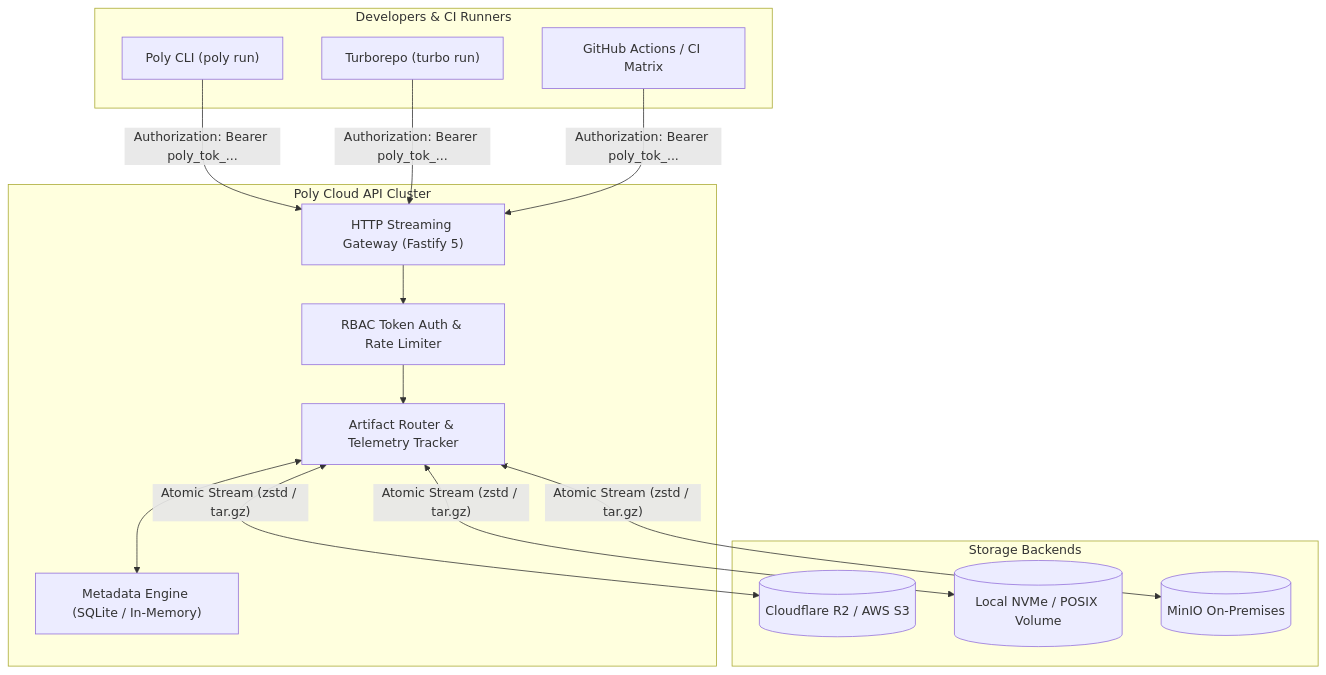
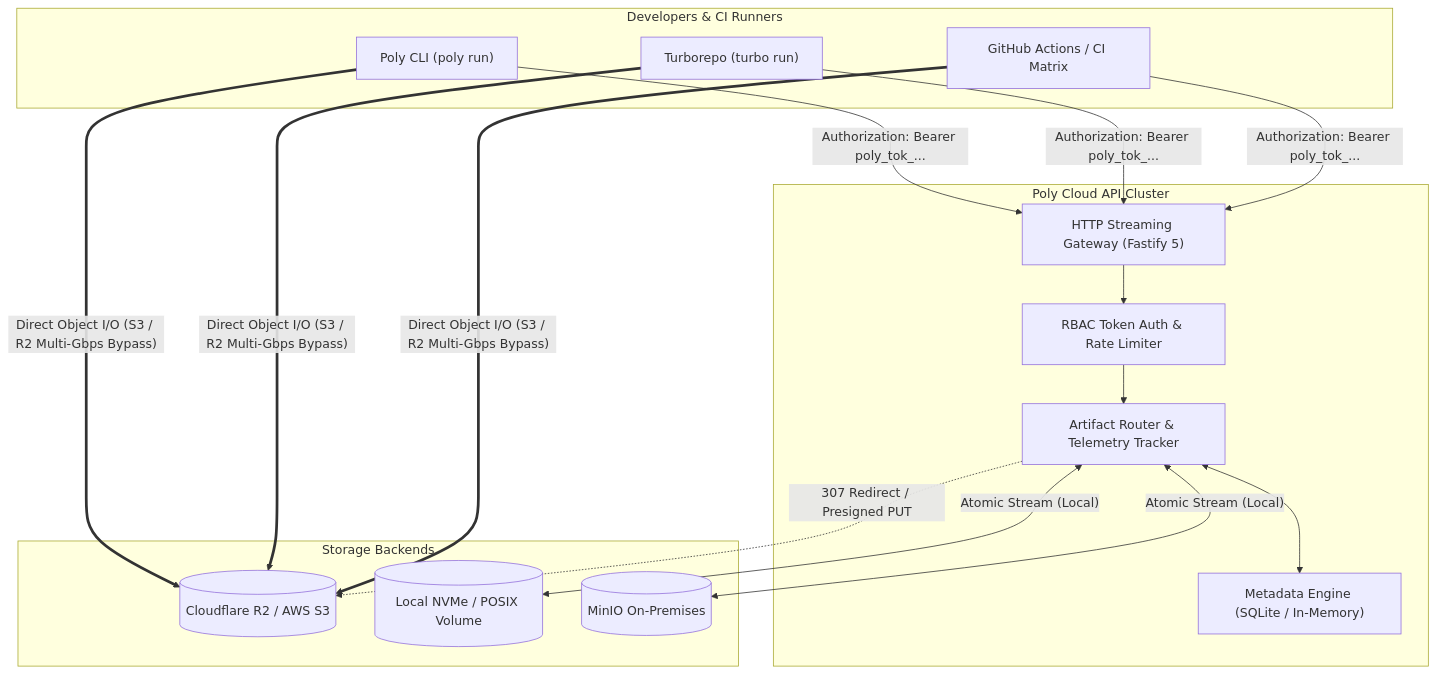
Before and after one commit to RitualDev-Lab/poly-cloud-api: the diagram in README.md, drawn with Mermaid. The commit also changed other lines of this file and 7 other files, not shown here.

Commit message:
feat(storage): direct-to-storage presigned S3/R2 engine and 307 redirects

````diff
--- a/README.md
+++ b/README.md
@@ -33,27 +34,29 @@
 ```mermaid
 flowchart TD
     subgraph Clients["Developers & CI Runners"]
         C1["Poly CLI (poly run)"]
         C2["Turborepo (turbo run)"]
         C3["GitHub Actions / CI Matrix"]
     end
 
     subgraph Server["Poly Cloud API Cluster"]
         Gateway["HTTP Streaming Gateway (Fastify 5)"]
         Auth["RBAC Token Auth & Rate Limiter"]
         Meta["Metadata Engine (SQLite / In-Memory)"]
         Routes["Artifact Router & Telemetry Tracker"]
     end
 
     subgraph Storage["Storage Backends"]
         S1[("Cloudflare R2 / AWS S3")]
         S2[("Local NVMe / POSIX Volume")]
         S3[("MinIO On-Premises")]
     end
 
     C1 & C2 & C3 -->|"Authorization: Bearer poly_tok_..."| Gateway
     Gateway --> Auth
     Auth --> Routes
     Routes <--> Meta
-    Routes <-->|"Atomic Stream (zstd / tar.gz)"| S1 & S2 & S3
+    Routes <-->|"Atomic Stream (Local)"| S2 & S3
+    Routes -.->|"307 Redirect / Presigned PUT"| S1
+    C1 & C2 & C3 ==>|"Direct Object I/O (S3 / R2 Multi-Gbps Bypass)"| S1
 ```
````
